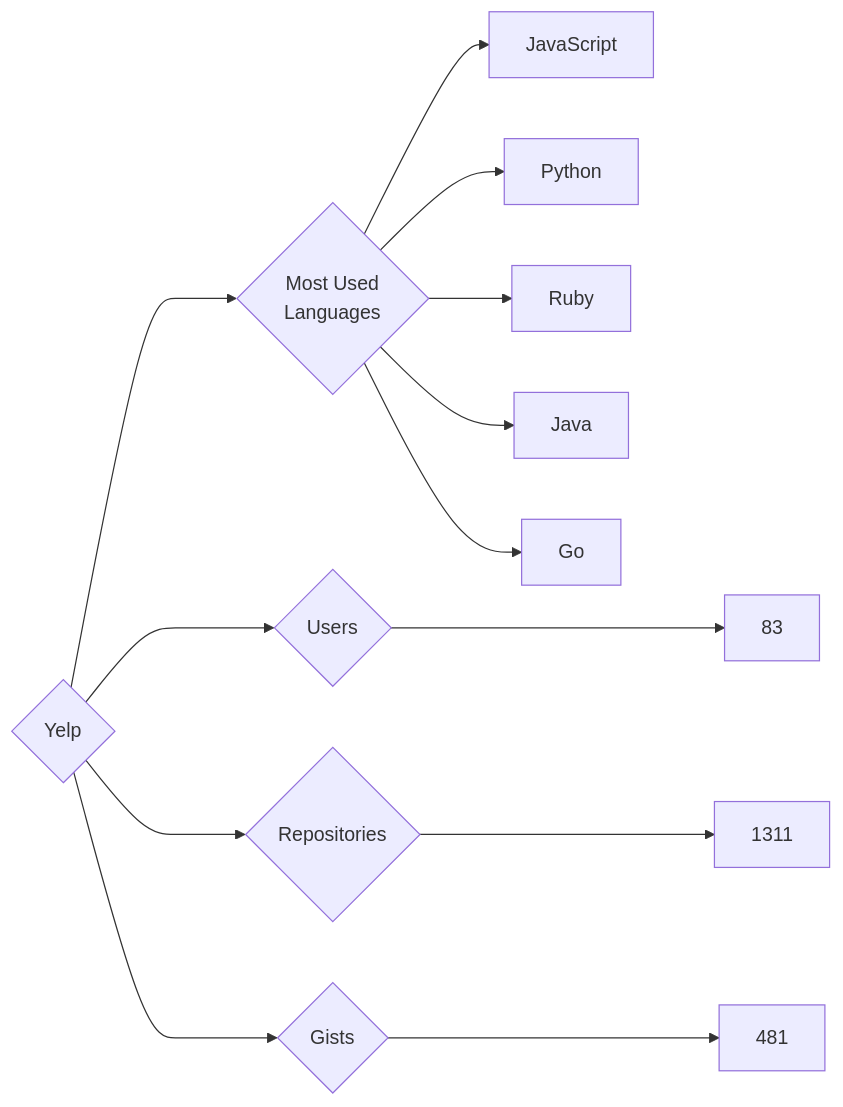
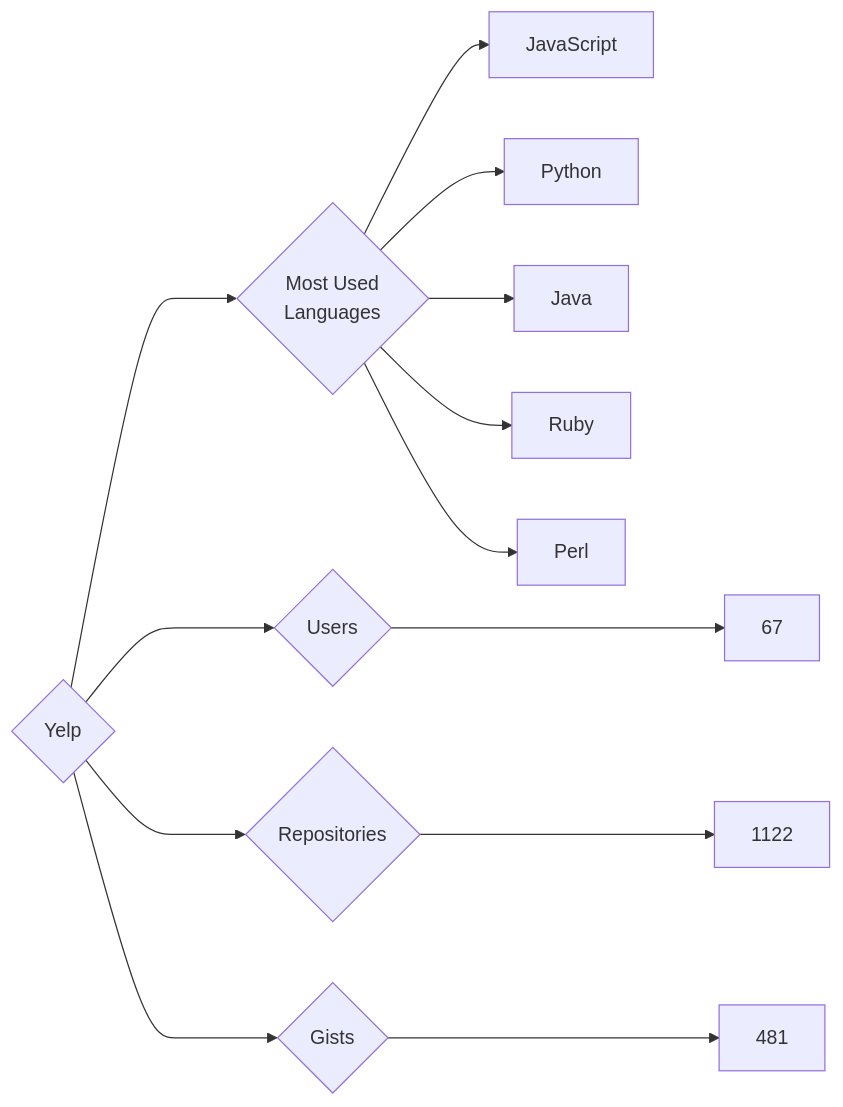
One commit to trickest/insiders changed the diagram in targets/Yelp/README.md. Above: the diagram before and after it, drawn with Mermaid. The commit also changed 823 other files, not shown here.

````diff
--- a/targets/Yelp/README.md
+++ b/targets/Yelp/README.md
@@ -3,13 +3,13 @@
 ```mermaid
 graph LR
 COMPANY_NAME{Yelp}
-COMPANY_NAME ---> U{Users} ---> UN[83]
-COMPANY_NAME ---> R{Repositories} ---> RN[1311]
+COMPANY_NAME ---> U{Users} ---> UN[67]
+COMPANY_NAME ---> R{Repositories} ---> RN[1122]
 COMPANY_NAME ---> G{Gists} ---> GN[481]
 COMPANY_NAME ---> ML{Most Used<br>Languages}
 ML --> JavaScript[JavaScript]
 ML --> Python[Python]
+ML --> Java[Java]
 ML --> Ruby[Ruby]
-ML --> Java[Java]
-ML --> Go[Go]
+ML --> Perl[Perl]
 ```
````
